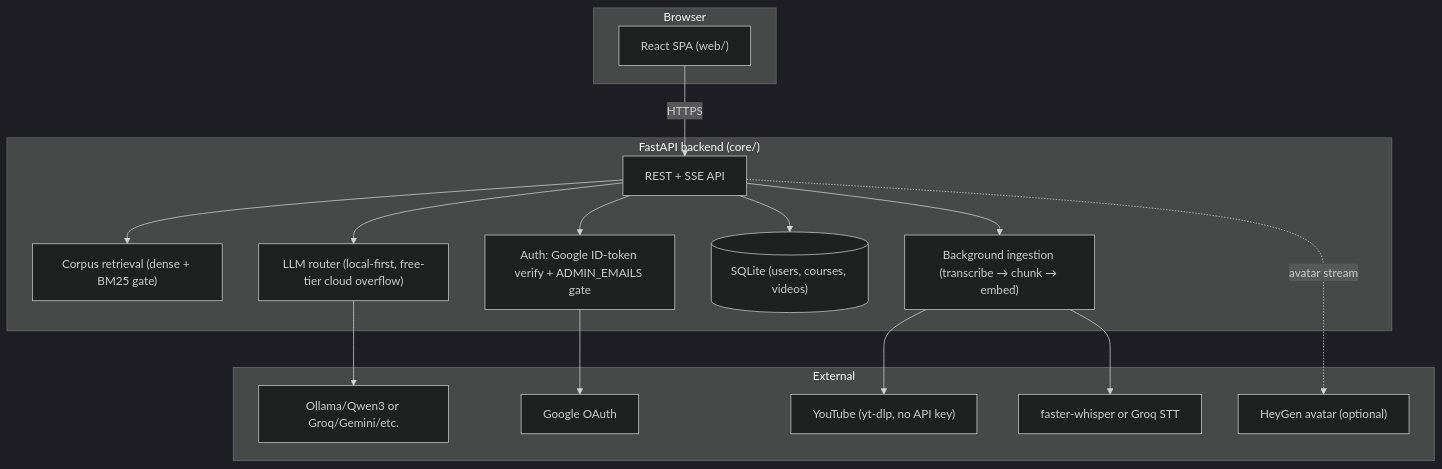
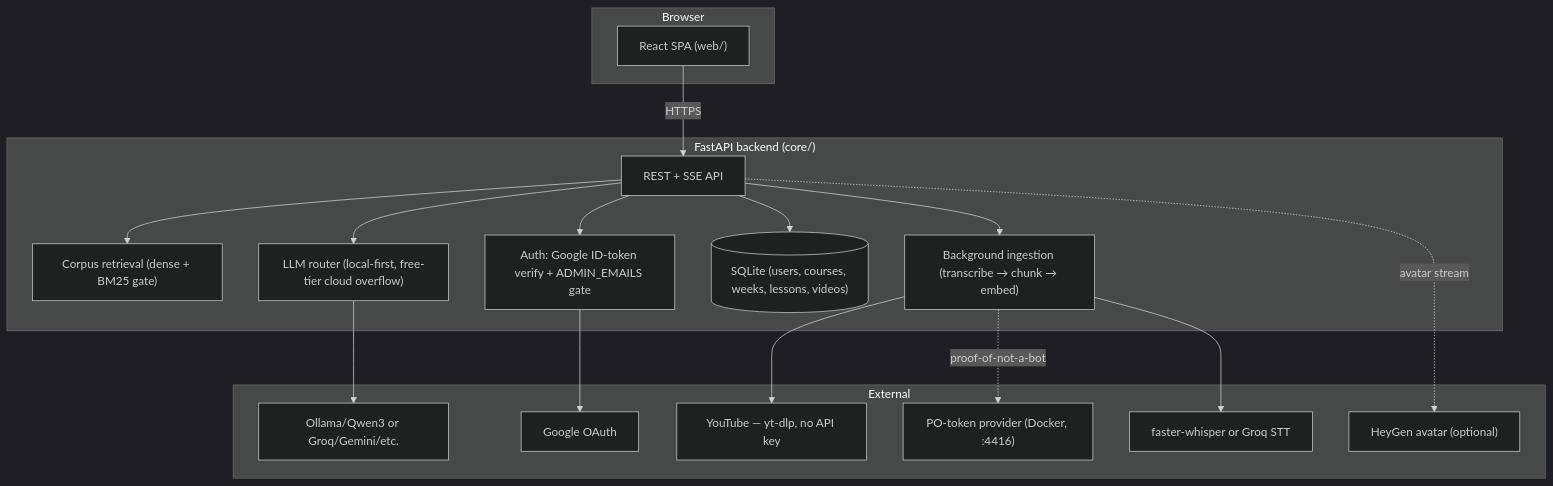
One commit to V1shnuuu/My-Tutor changed the first of 6 diagrams in README.md. Above: the diagram before and after it, drawn with Mermaid (dark theme). The commit also changed other lines of this file and 24 other files, not shown here.

````diff
--- a/README.md
+++ b/README.md
@@ -20,32 +33,34 @@
 ```mermaid
 graph TB
     subgraph Browser
         SPA["React SPA (web/)"]
     end
 
     subgraph Backend["FastAPI backend (core/)"]
         API["REST + SSE API"]
         RAG["Corpus retrieval (dense + BM25 gate)"]
         Router["LLM router (local-first, free-tier cloud overflow)"]
         AuthMod["Auth: Google ID-token verify + ADMIN_EMAILS gate"]
         Ingest["Background ingestion (transcribe → chunk → embed)"]
-        DB[("SQLite (users, courses, videos)")]
+        DB[("SQLite (users, courses, weeks, lessons, videos)")]
     end
 
     subgraph External
         LLM["Ollama/Qwen3 or Groq/Gemini/etc."]
         Whisper["faster-whisper or Groq STT"]
         Google["Google OAuth"]
-        YT["YouTube (yt-dlp, no API key)"]
+        YT["YouTube — yt-dlp, no API key"]
+        POT["PO-token provider (Docker, :4416)"]
         HeyGen["HeyGen avatar (optional)"]
     end
 
     SPA -->|HTTPS| API
     API --> RAG
     API --> Router --> LLM
     API --> AuthMod --> Google
     API --> DB
     API --> Ingest --> YT
+    Ingest -.proof-of-not-a-bot.-> POT
     Ingest --> Whisper
     API -.avatar stream.-> HeyGen
 ```
````
